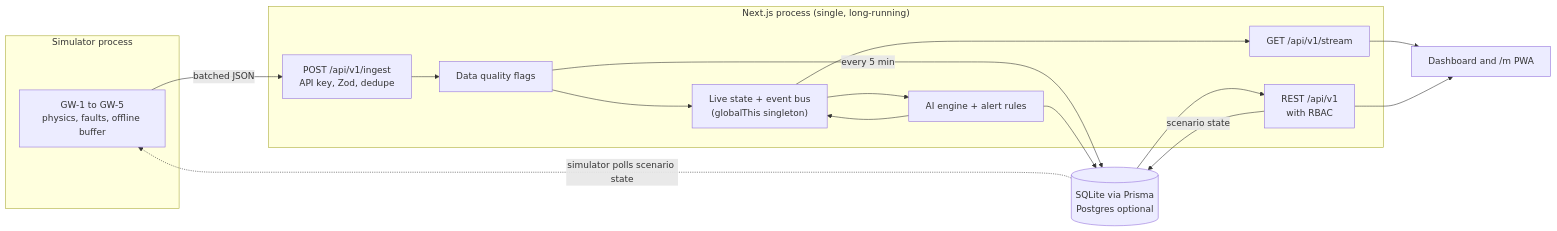
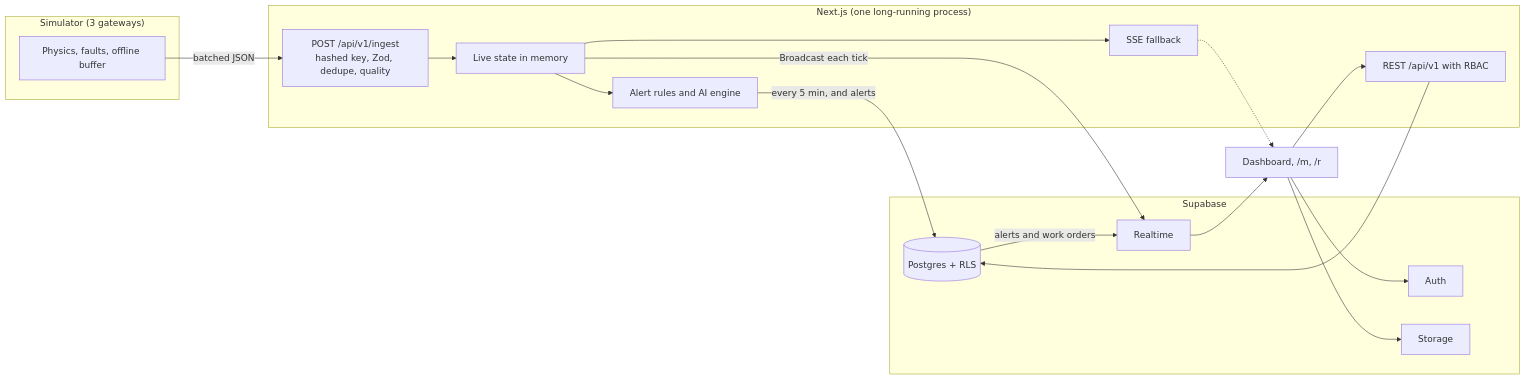
Before and after one commit to xiletales/doctorpv: the diagram in PLAN.md, drawn with Mermaid. The commit also changed other lines of this file and 90 other files, not shown here.

````diff
--- a/PLAN.md
+++ b/PLAN.md
@@ -68,25 +70,29 @@
 ```mermaid
 flowchart LR
-  subgraph SIM["Simulator process"]
-    GW["GW-1 to GW-5<br/>physics, faults, offline buffer"]
+  subgraph SIM["Simulator (3 gateways)"]
+    GW["Physics, faults, offline buffer"]
   end
-  subgraph APP["Next.js process (single, long-running)"]
-    ING["POST /api/v1/ingest<br/>API key, Zod, dedupe"]
-    DQ["Data quality flags"]
-    LIVE["Live state + event bus<br/>(globalThis singleton)"]
-    AI["AI engine + alert rules"]
-    API["REST /api/v1<br/>with RBAC"]
-    SSE["GET /api/v1/stream"]
+  subgraph APP["Next.js (one long-running process)"]
+    ING["POST /api/v1/ingest<br/>hashed key, Zod, dedupe, quality"]
+    LIVE["Live state in memory"]
+    AI["Alert rules and AI engine"]
+    API["REST /api/v1 with RBAC"]
+    SSE["SSE fallback"]
   end
-  DB[("SQLite via Prisma<br/>Postgres optional")]
-  UI["Dashboard and /m PWA"]
-
-  GW -->|"batched JSON"| ING --> DQ --> LIVE
-  DQ -->|"every 5 min"| DB
-  LIVE --> AI --> DB
-  AI --> LIVE
-  LIVE --> SSE --> UI
-  DB --> API --> UI
-  API -->|"scenario state"| DB
-  DB -.->|"simulator polls scenario state"| GW
+  subgraph SB["Supabase"]
+    PG[("Postgres + RLS")]
+    RT["Realtime"]
+    AUTH["Auth"]
+    ST["Storage"]
+  end
+  UI["Dashboard, /m, /r"]
+  GW -->|"batched JSON"| ING --> LIVE --> AI
+  AI -->|"every 5 min, and alerts"| PG
+  LIVE -->|"Broadcast each tick"| RT --> UI
+  PG -->|"alerts and work orders"| RT
+  LIVE --> SSE -.-> UI
+  API --> PG
+  UI --> API
+  UI --> AUTH
+  UI --> ST
 ```
````
